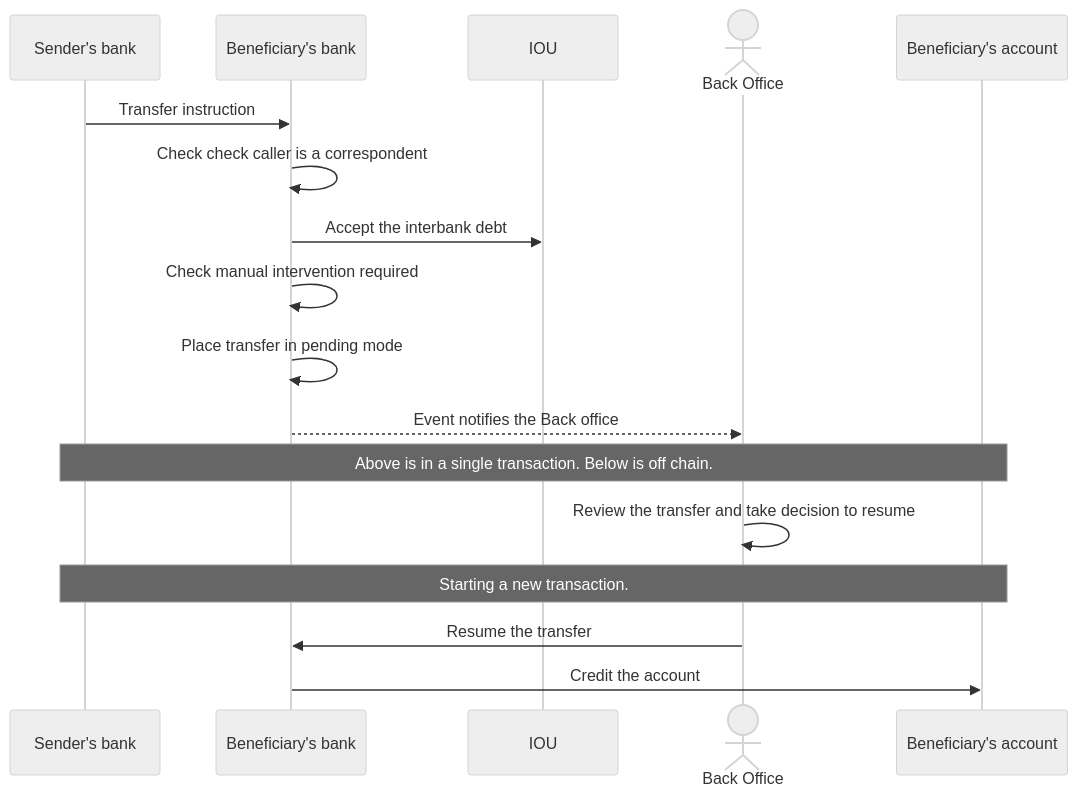
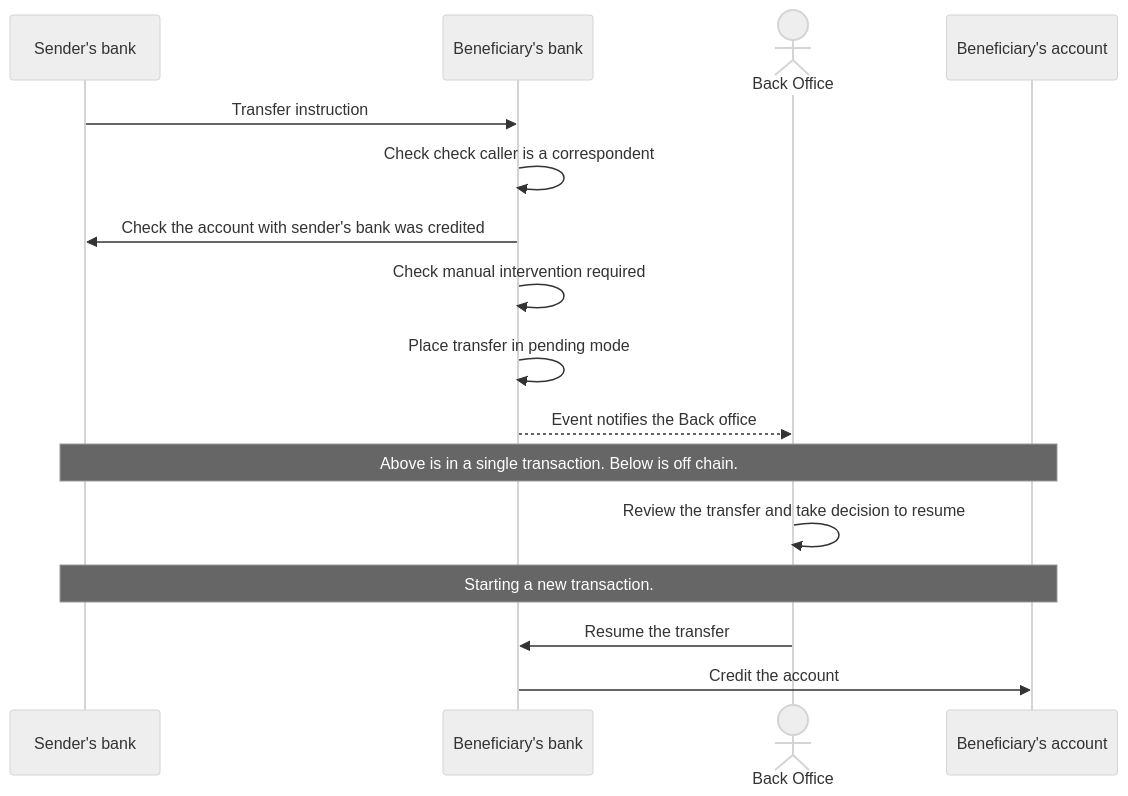
One commit to so-cash/.github changed the third of 4 diagrams in profile/README.md. Above: the diagram before and after it, drawn with Mermaid (neutral theme). The commit also changed other lines of this file, not shown here.

Commit message:
feat: Update DvP Diagram and add explanations

````diff
--- a/profile/README.md
+++ b/profile/README.md
@@ -254,21 +266,20 @@
 ```mermaid
 sequenceDiagram;
     participant SenderBank as Sender's bank;
     participant BeneficiaryBank as Beneficiary's bank;
-    participant IOU;
     actor BO as Back Office;
     participant BeneficiaryAccount as Beneficiary's account;
     SenderBank->>BeneficiaryBank: Transfer instruction
     BeneficiaryBank->>BeneficiaryBank: Check check caller is a correspondent
-    BeneficiaryBank->>IOU: Accept the interbank debt
+    BeneficiaryBank->>SenderBank: Check the account with sender's bank was credited
     BeneficiaryBank->>BeneficiaryBank: Check manual intervention required
     BeneficiaryBank->>BeneficiaryBank: Place transfer in pending mode
     BeneficiaryBank-->>BO: Event notifies the Back office
     note over SenderBank,BeneficiaryAccount: Above is in a single transaction. Below is off chain.
     BO->>BO: Review the transfer and take decision to resume
     note over SenderBank,BeneficiaryAccount: Starting a new transaction.
     BO->>BeneficiaryBank: Resume the transfer
 
     BeneficiaryBank->>BeneficiaryAccount: Credit the account
 
 ```
````
